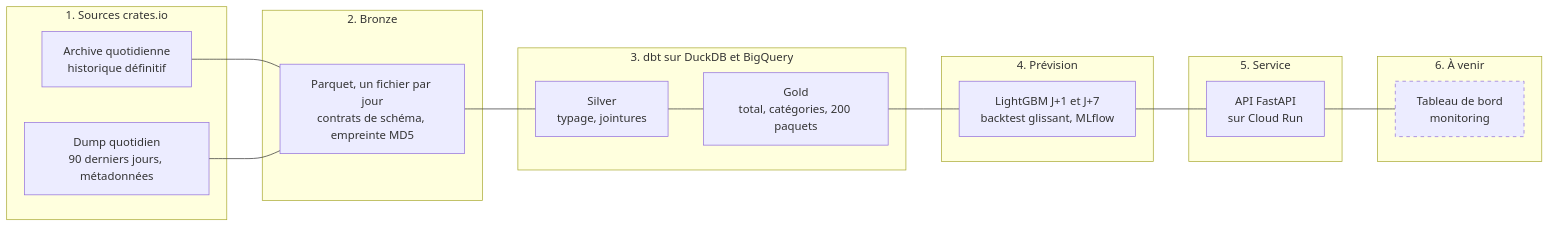
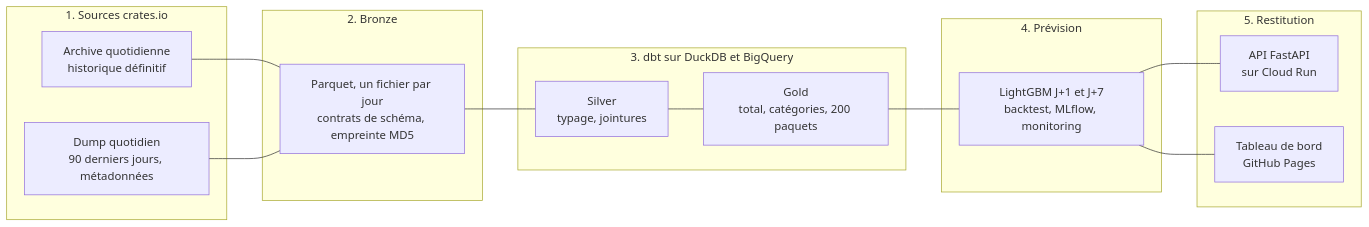
The diagram in README.md (MohamedRadhi52/pkgpulse), drawn with Mermaid before and after one commit. The commit also changed other lines of this file and 13 other files, not shown here.

Commit message:
Tableau de bord et README-rapport

````diff
--- a/README.md
+++ b/README.md
@@ -41,28 +69,26 @@
 ```mermaid
 flowchart LR
     subgraph S["1. Sources crates.io"]
         A["Archive quotidienne<br/>historique définitif"]
         D["Dump quotidien<br/>90 derniers jours, métadonnées"]
     end
     subgraph B["2. Bronze"]
         P["Parquet, un fichier par jour<br/>contrats de schéma, empreinte MD5"]
     end
     subgraph T["3. dbt sur DuckDB et BigQuery"]
         SV["Silver<br/>typage, jointures"]
         G["Gold<br/>total, catégories, 200 paquets"]
     end
     subgraph M["4. Prévision"]
-        F["LightGBM J+1 et J+7<br/>backtest glissant, MLflow"]
+        F["LightGBM J+1 et J+7<br/>backtest, MLflow, monitoring"]
     end
-    subgraph N["5. Service"]
+    subgraph R["5. Restitution"]
         X["API FastAPI<br/>sur Cloud Run"]
-    end
-    subgraph W["6. À venir"]
-        Y["Tableau de bord<br/>monitoring"]
+        Y["Tableau de bord<br/>GitHub Pages"]
     end
     A --- P
     D --- P
-    P --- SV --- G --- F --- X --- Y
-    classDef todo stroke-dasharray: 5 5
-    class Y todo
+    P --- SV --- G --- F
+    F --- X
+    F --- Y
 ```
````
